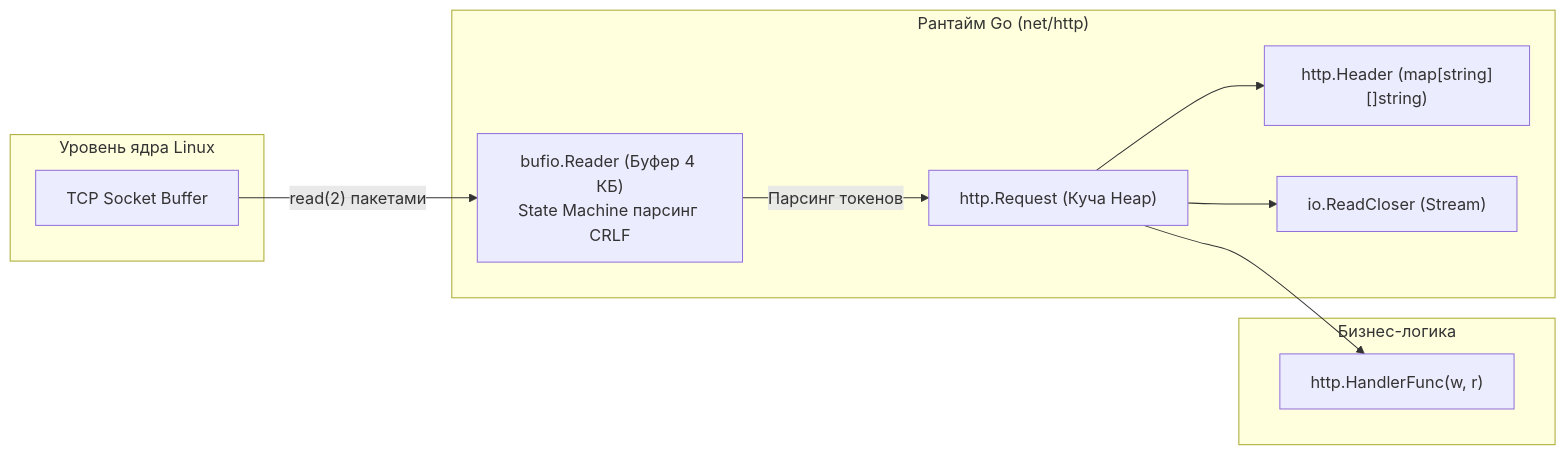
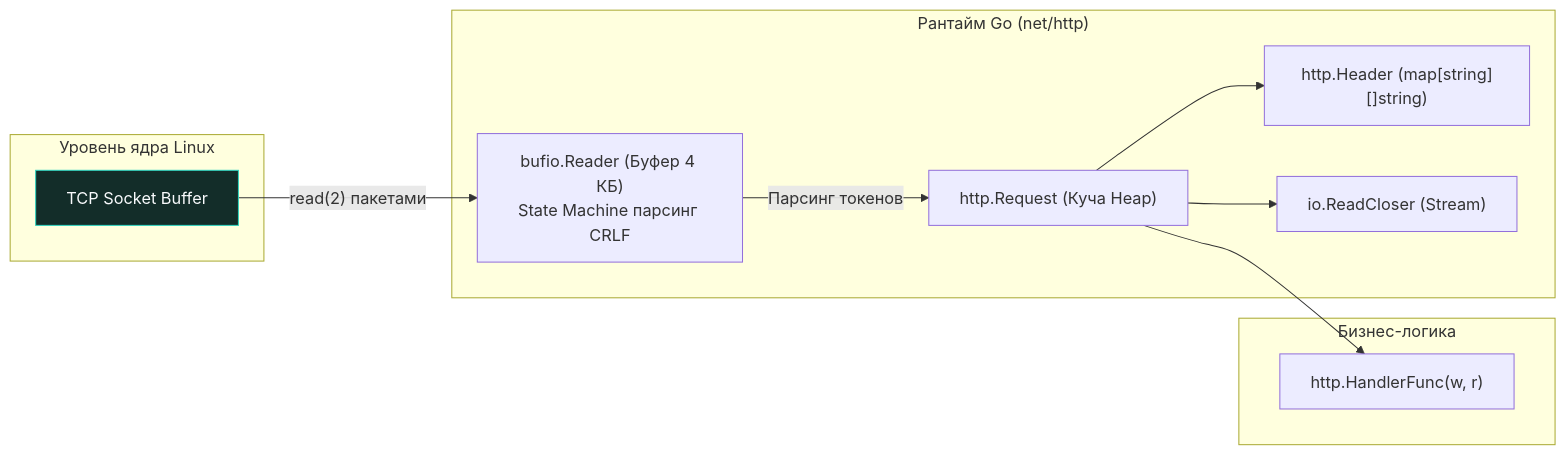
One commit to UnrealTemplier/go-textbook changed the third of 3 diagrams in sources/3. Компьютерные сети и сетевой стек/20. HTTP 1.1. Структура запроса и ответа.md. Above: the diagram before and after it, drawn with Mermaid. The commit also changed other lines of this file and 1666 other files, not shown here.

First line of the commit message:
feat(mermaid): add semantic color classDef to 1369 colorless flowchart/graph diagrams

````diff
--- a/sources/3. Компьютерные сети и сетевой стек/20. HTTP 1.1. Структура запроса и ответа.md
+++ b/sources/3. Компьютерные сети и сетевой стек/20. HTTP 1.1. Структура запроса и ответа.md
@@ -179,23 +199,33 @@
 ```mermaid
 flowchart LR
+    classDef process  fill:#1e293b,stroke:#38bdf8,stroke-width:1px,color:#f8fafc
+    classDef success  fill:#064e3b,stroke:#34d399,stroke-width:1px,color:#f8fafc
+    classDef error    fill:#7f1d1d,stroke:#f87171,stroke-width:1px,color:#f8fafc
+    classDef warning  fill:#78350f,stroke:#fbbf24,stroke-width:1px,color:#f8fafc
+    classDef entry    fill:#1e3a5f,stroke:#38bdf8,stroke-width:2px,color:#f8fafc
+    classDef aux      fill:#334155,stroke:#64748b,stroke-width:1px,color:#f8fafc
+    classDef system   fill:#312e81,stroke:#a78bfa,stroke-width:1px,color:#f8fafc
+    classDef data     fill:#132d29,stroke:#2dd4bf,stroke-width:1px,color:#f8fafc
+    classDef network  fill:#881337,stroke:#fb7185,stroke-width:1px,color:#f8fafc
+    classDef accent   fill:#1e1b4b,stroke:#818cf8,stroke-width:1px,color:#f8fafc
     subgraph OS["Уровень ядра Linux"]
-        TCP["TCP Socket Buffer"]
+        TCP["TCP Socket Buffer"]:::data
     end
 
     subgraph RUNTIME["Рантайм Go (net/http)"]
         BUF["bufio.Reader (Буфер 4 КБ)<br>State Machine парсинг CRLF"]
         REQ["http.Request (Куча Heap)"]
         HD["http.Header (map[string][]string)"]
         BODY["io.ReadCloser (Stream)"]
     end
 
     subgraph HANDLER["Бизнес-логика"]
         APP["http.HandlerFunc(w, r)"]
     end
 
     TCP -->|"read(2) пакетами"| BUF
     BUF -->|"Парсинг токенов"| REQ
     REQ --> HD
     REQ --> BODY
     REQ --> APP
 ```
````
